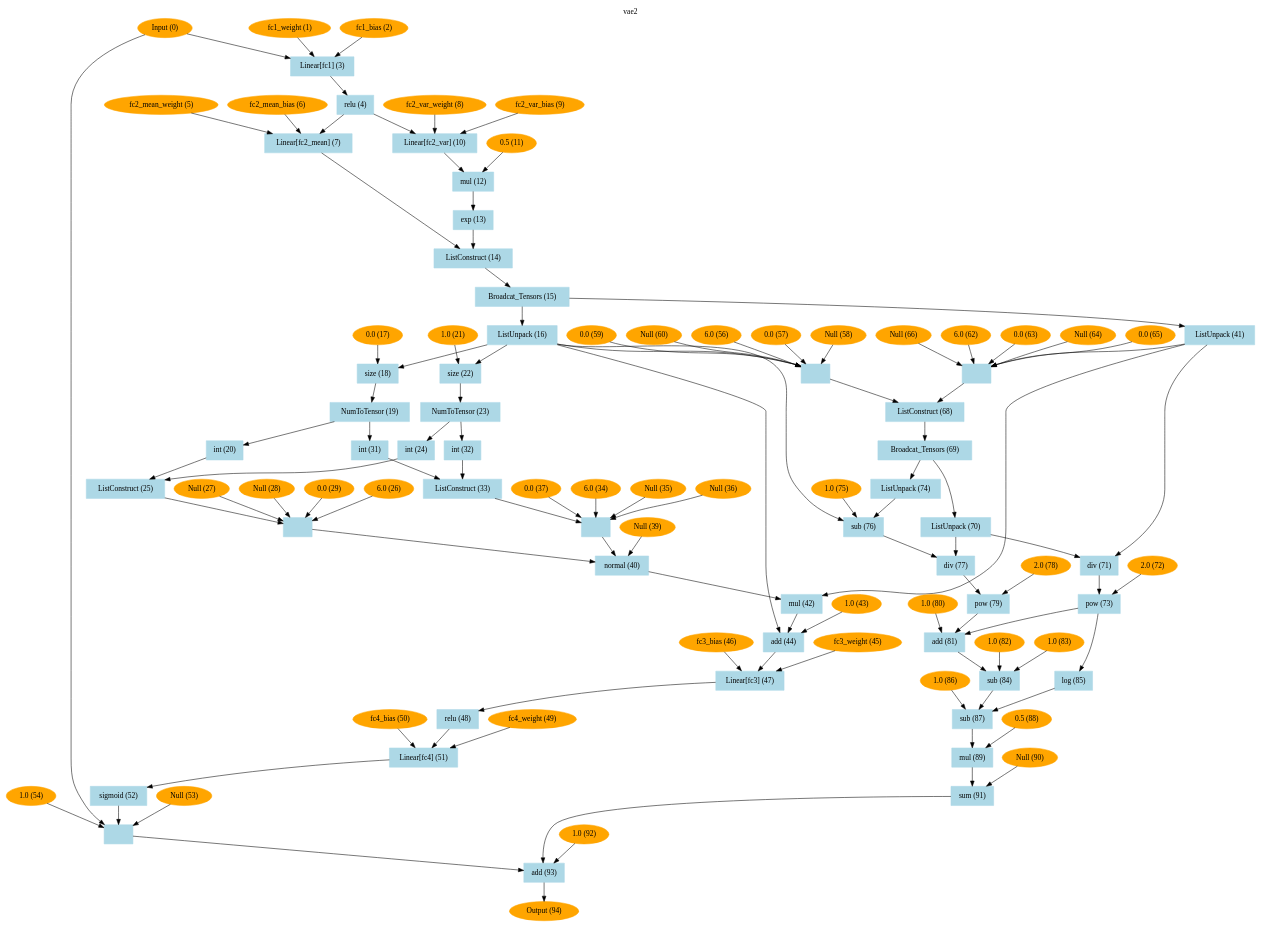
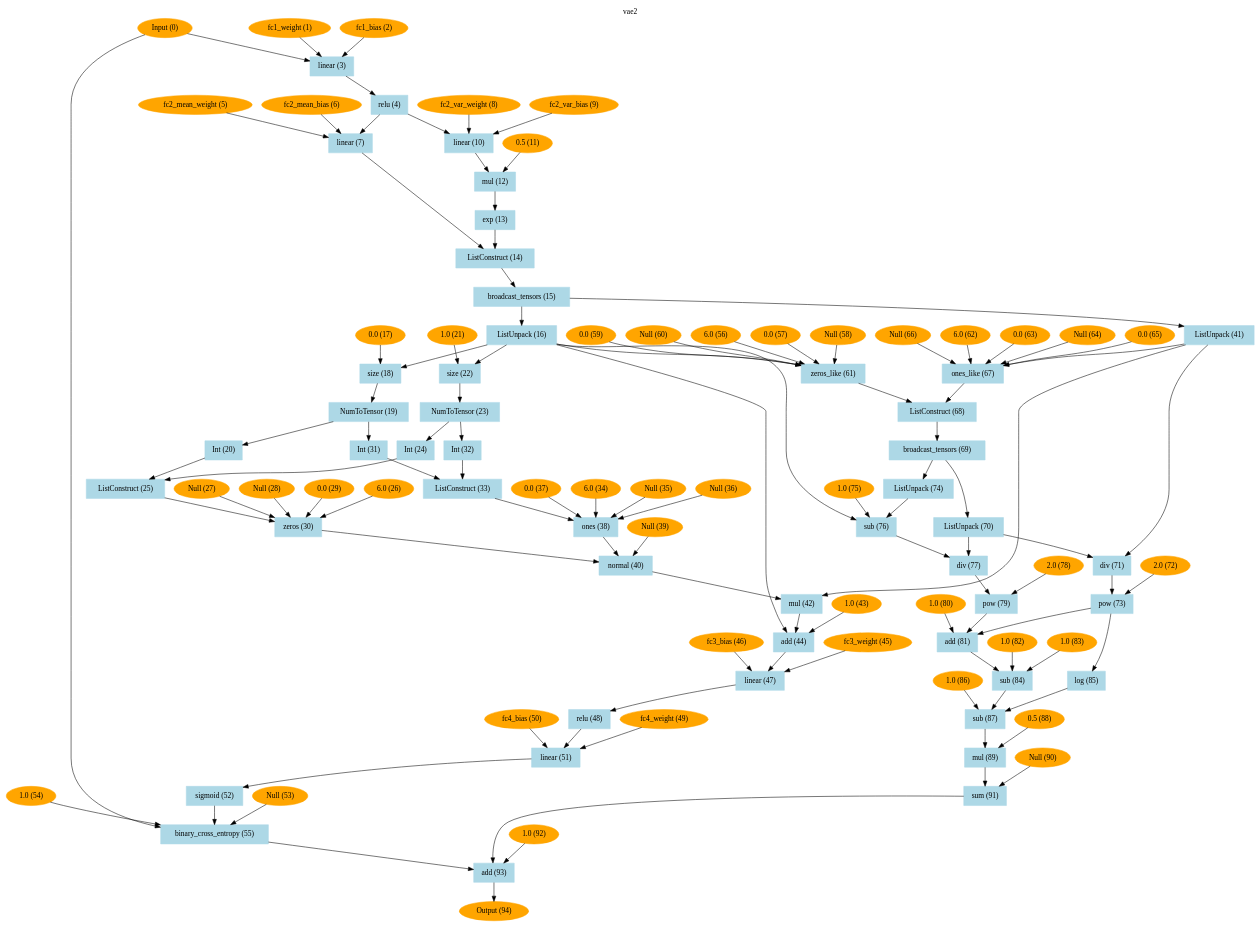
One commit to kojima-r/MiniCTorch_Prototype changed the diagram in network/vae2_graph.dot. Above: the diagram before and after it, drawn with Graphviz. The commit also changed 83 other files, not shown here.

```diff
--- a/network/vae2_graph.dot
+++ b/network/vae2_graph.dot
@@ -3,7 +3,7 @@
 1 [label="Input (0)", color=orange, style=filled]
 2 [label="fc1_weight (1)", color=orange, style=filled]
 3 [label="fc1_bias (2)", color=orange, style=filled]
-4 [label="Linear[fc1] (3)", color=lightblue, style=filled, shape=box]
+4 [label="linear (3)", color=lightblue, style=filled, shape=box]
 1 -> 4
 2 -> 4
 3 -> 4
@@ -11,13 +11,13 @@
 4 -> 5
 6 [label="fc2_mean_weight (5)", color=orange, style=filled]
 7 [label="fc2_mean_bias (6)", color=orange, style=filled]
-8 [label="Linear[fc2_mean] (7)", color=lightblue, style=filled, shape=box]
+8 [label="linear (7)", color=lightblue, style=filled, shape=box]
 5 -> 8
 6 -> 8
 7 -> 8
 9 [label="fc2_var_weight (8)", color=orange, style=filled]
 10 [label="fc2_var_bias (9)", color=orange, style=filled]
-11 [label="Linear[fc2_var] (10)", color=lightblue, style=filled, shape=box]
+11 [label="linear (10)", color=lightblue, style=filled, shape=box]
 5 -> 11
 9 -> 11
 10 -> 11
@@ -30,7 +30,7 @@
 15 [label="ListConstruct (14)", color=lightblue, style=filled, shape=box]
 8 -> 15
 14 -> 15
-16 [label="Broadcat_Tensors (15)", color=lightblue, style=filled, shape=box]
+16 [label="broadcast_tensors (15)", color=lightblue, style=filled, shape=box]
 15 -> 16
 17 [label="ListUnpack (16)", color=lightblue, style=filled, shape=box]
 16 -> 17
@@ -40,7 +40,7 @@
 18 -> 19
 20 [label="NumToTensor (19)", color=lightblue, style=filled, shape=box]
 19 -> 20
-21 [label="int (20)", color=lightblue, style=filled, shape=box]
+21 [label="Int (20)", color=lightblue, style=filled, shape=box]
 20 -> 21
 22 [label="1.0 (21)", color=orange, style=filled]
 23 [label="size (22)", color=lightblue, style=filled, shape=box]
@@ -48,7 +48,7 @@
 22 -> 23
 24 [label="NumToTensor (23)", color=lightblue, style=filled, shape=box]
 23 -> 24
-25 [label="int (24)", color=lightblue, style=filled, shape=box]
+25 [label="Int (24)", color=lightblue, style=filled, shape=box]
 24 -> 25
 26 [label="ListConstruct (25)", color=lightblue, style=filled, shape=box]
 21 -> 26
@@ -57,15 +57,15 @@
 28 [label="Null (27)", color=orange, style=filled]
 29 [label="Null (28)", color=orange, style=filled]
 30 [label="0.0 (29)", color=orange, style=filled]
-31 [label=" ", color=lightblue, style=filled, shape=box]
+31 [label="zeros (30)", color=lightblue, style=filled, shape=box]
 26 -> 31
 27 -> 31
 28 -> 31
 29 -> 31
 30 -> 31
-32 [label="int (31)", color=lightblue, style=filled, shape=box]
+32 [label="Int (31)", color=lightblue, style=filled, shape=box]
 20 -> 32
-33 [label="int (32)", color=lightblue, style=filled, shape=box]
+33 [label="Int (32)", color=lightblue, style=filled, shape=box]
 24 -> 33
 34 [label="ListConstruct (33)", color=lightblue, style=filled, shape=box]
 32 -> 34
@@ -74,7 +74,7 @@
 36 [label="Null (35)", color=orange, style=filled]
 37 [label="Null (36)", color=orange, style=filled]
 38 [label="0.0 (37)", color=orange, style=filled]
-39 [label=" ", color=lightblue, style=filled, shape=box]
+39 [label="ones (38)", color=lightblue, style=filled, shape=box]
 34 -> 39
 35 -> 39
 36 -> 39
@@ -97,7 +97,7 @@
 44 -> 45
 46 [label="fc3_weight (45)", color=orange, style=filled]
 47 [label="fc3_bias (46)", color=orange, style=filled]
-48 [label="Linear[fc3] (47)", color=lightblue, style=filled, shape=box]
+48 [label="linear (47)", color=lightblue, style=filled, shape=box]
 45 -> 48
 46 -> 48
 47 -> 48
@@ -105,7 +105,7 @@
 48 -> 49
 50 [label="fc4_weight (49)", color=orange, style=filled]
 51 [label="fc4_bias (50)", color=orange, style=filled]
-52 [label="Linear[fc4] (51)", color=lightblue, style=filled, shape=box]
+52 [label="linear (51)", color=lightblue, style=filled, shape=box]
 49 -> 52
 50 -> 52
 51 -> 52
@@ -113,7 +113,7 @@
 52 -> 53
 54 [label="Null (53)", color=orange, style=filled]
 55 [label="1.0 (54)", color=orange, style=filled]
-56 [label=" ", color=lightblue, style=filled, shape=box]
+56 [label="binary_cross_entropy (55)", color=lightblue, style=filled, shape=box]
 53 -> 56
 1 -> 56
 54 -> 56
@@ -123,7 +123,7 @@
 59 [label="Null (58)", color=orange, style=filled]
 60 [label="0.0 (59)", color=orange, style=filled]
 61 [label="Null (60)", color=orange, style=filled]
-62 [label=" ", color=lightblue, style=filled, shape=box]
+62 [label="zeros_like (61)", color=lightblue, style=filled, shape=box]
 17 -> 62
 57 -> 62
 58 -> 62
@@ -135,7 +135,7 @@
 65 [label="Null (64)", color=orange, style=filled]
 66 [label="0.0 (65)", color=orange, style=filled]
 67 [label="Null (66)", color=orange, style=filled]
-68 [label=" ", color=lightblue, style=filled, shape=box]
+68 [label="ones_like (67)", color=lightblue, style=filled, shape=box]
 42 -> 68
 63 -> 68
 64 -> 68
@@ -145,7 +145,7 @@
 69 [label="ListConstruct (68)", color=lightblue, style=filled, shape=box]
 62 -> 69
 68 -> 69
-70 [label="Broadcat_Tensors (69)", color=lightblue, style=filled, shape=box]
+70 [label="broadcast_tensors (69)", color=lightblue, style=filled, shape=box]
 69 -> 70
 71 [label="ListUnpack (70)", color=lightblue, style=filled, shape=box]
 70 -> 71
```
